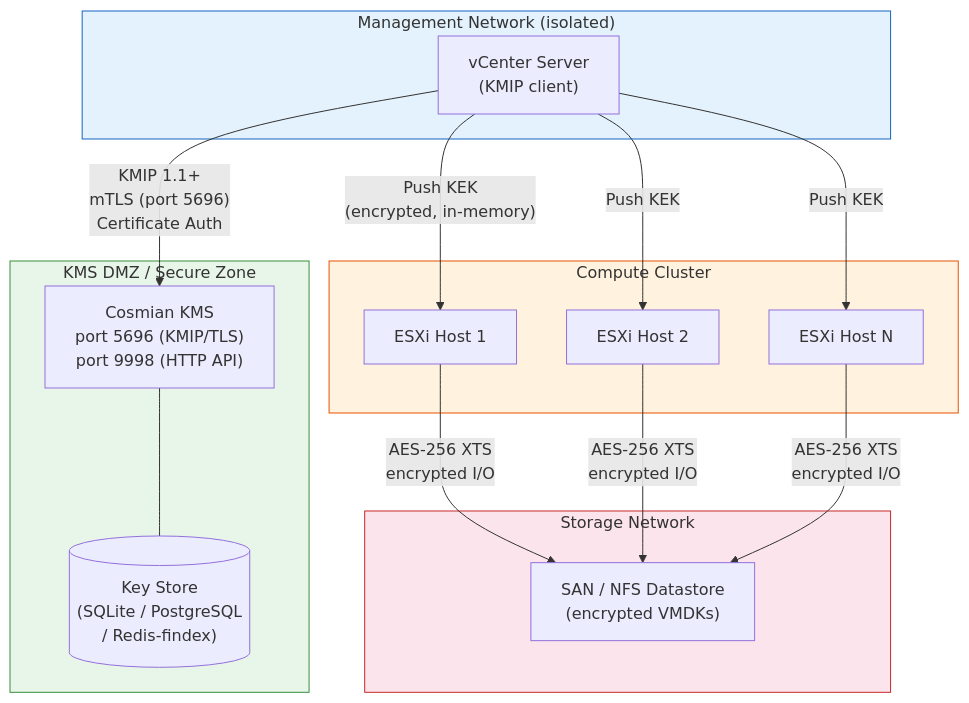
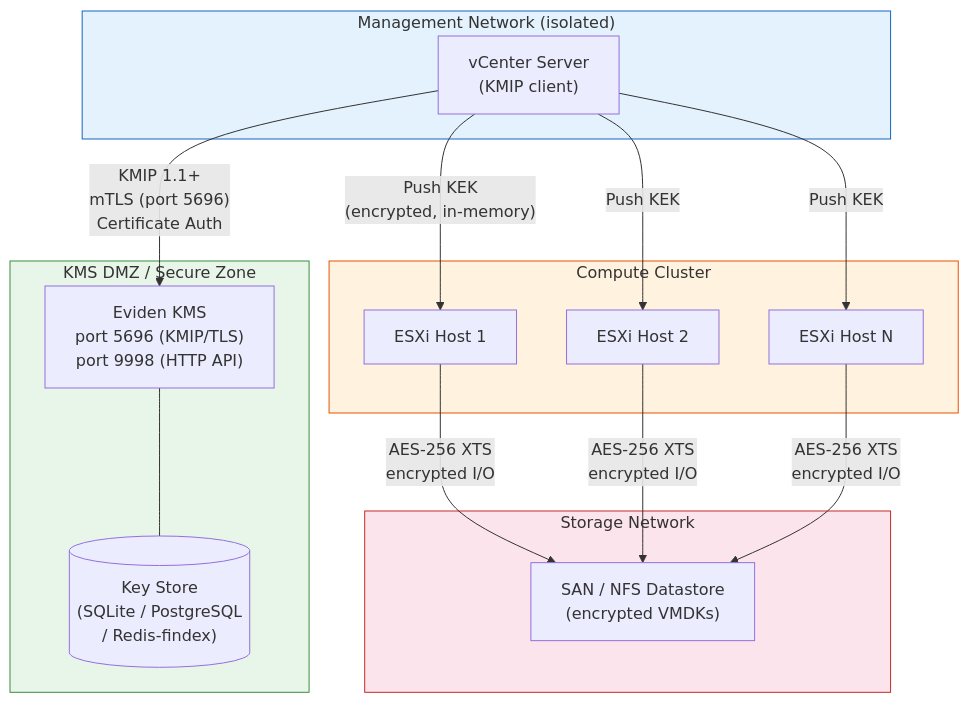
One commit to Cosmian/kms changed the second of 2 diagrams in documentation/docs/integrations/storage/vcenter.md. Above: the diagram before and after it, drawn with Mermaid. The commit also changed other lines of this file and 79 other files, not shown here.

````diff
--- a/documentation/docs/integrations/storage/vcenter.md
+++ b/documentation/docs/integrations/storage/vcenter.md
@@ -98,35 +98,35 @@
 ```mermaid
 graph TB
     subgraph Mgmt["Management Network (isolated)"]
         VC["vCenter Server\n(KMIP client)"]
     end
 
     subgraph KMSZone["KMS DMZ / Secure Zone"]
-        KMS["Cosmian KMS\nport 5696 (KMIP/TLS)\nport 9998 (HTTP API)"]
+        KMS["Eviden KMS\nport 5696 (KMIP/TLS)\nport 9998 (HTTP API)"]
         DB[("Key Store\n(SQLite / PostgreSQL\n/ Redis-findex)")]
         KMS --- DB
     end
 
     subgraph Compute["Compute Cluster"]
         ESXi1["ESXi Host 1"]
         ESXi2["ESXi Host 2"]
         ESXiN["ESXi Host N"]
     end
 
     subgraph Storage["Storage Network"]
         SAN["SAN / NFS Datastore\n(encrypted VMDKs)"]
     end
 
     VC -- "KMIP 1.1+\nmTLS (port 5696)\nCertificate Auth" --> KMS
     VC -- "Push KEK\n(encrypted, in-memory)" --> ESXi1
     VC -- "Push KEK" --> ESXi2
     VC -- "Push KEK" --> ESXiN
     ESXi1 -- "AES-256 XTS\nencrypted I/O" --> SAN
     ESXi2 -- "AES-256 XTS\nencrypted I/O" --> SAN
     ESXiN -- "AES-256 XTS\nencrypted I/O" --> SAN
 
     style KMSZone fill:#e8f5e9,stroke:#388e3c
     style Mgmt fill:#e3f2fd,stroke:#1565c0
     style Compute fill:#fff3e0,stroke:#e65100
     style Storage fill:#fce4ec,stroke:#c62828
 ```
````
